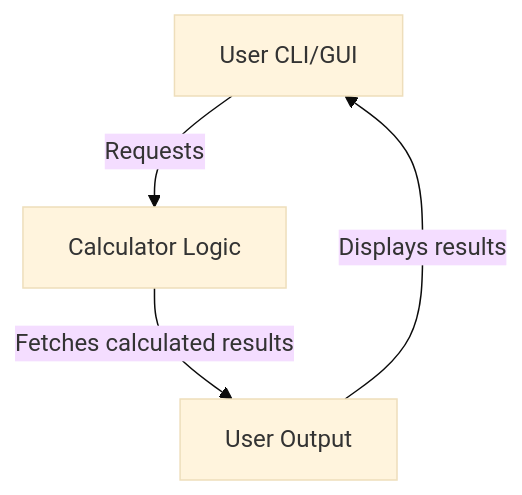
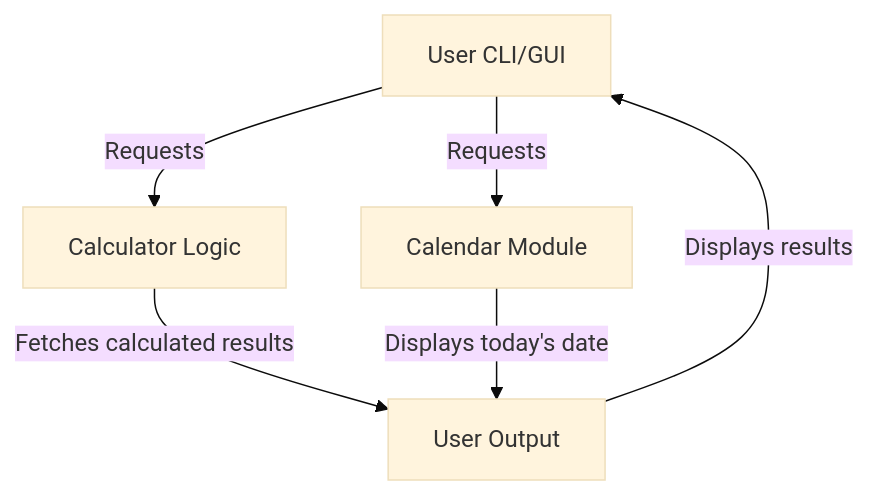
One commit to thoaihcmc/docs-pipeline-e2e-test changed the diagram in docs/diagrams/architecture.mmd. Above: the diagram before and after it, drawn with Mermaid (base theme). The commit also changed 5 other files, not shown here.

Commit message:
docs: auto-generate FDD, BDD, ADD and diagrams for 0077aa95cc7868de143c90c8efd7dff4607bbcca

````diff
--- a/docs/diagrams/architecture.mmd
+++ b/docs/diagrams/architecture.mmd
@@ -1,6 +1,8 @@
 ```mermaid
   graph TD;  
     A[User CLI/GUI] -->|Requests| B[Calculator Logic];  
     B -->|Fetches calculated results| C[User Output];  
-    C -->|Displays results| A;
+    C -->|Displays results| A;  
+    A -->|Requests| D[Calendar Module];  
+    D -->|Displays today's date| C;
 ```
````
